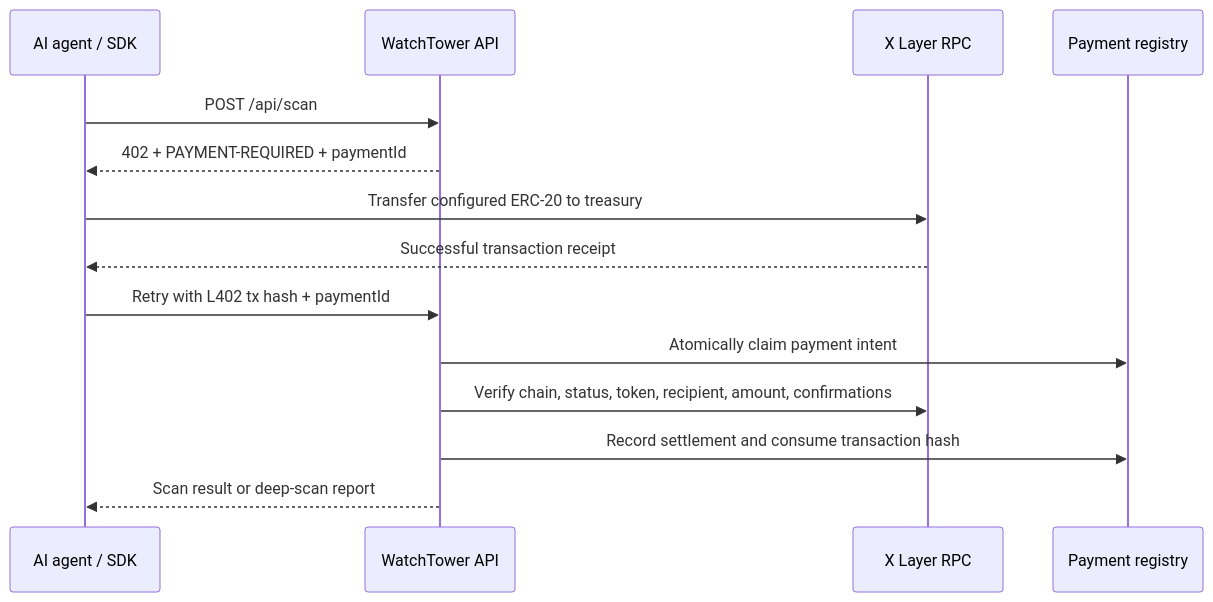
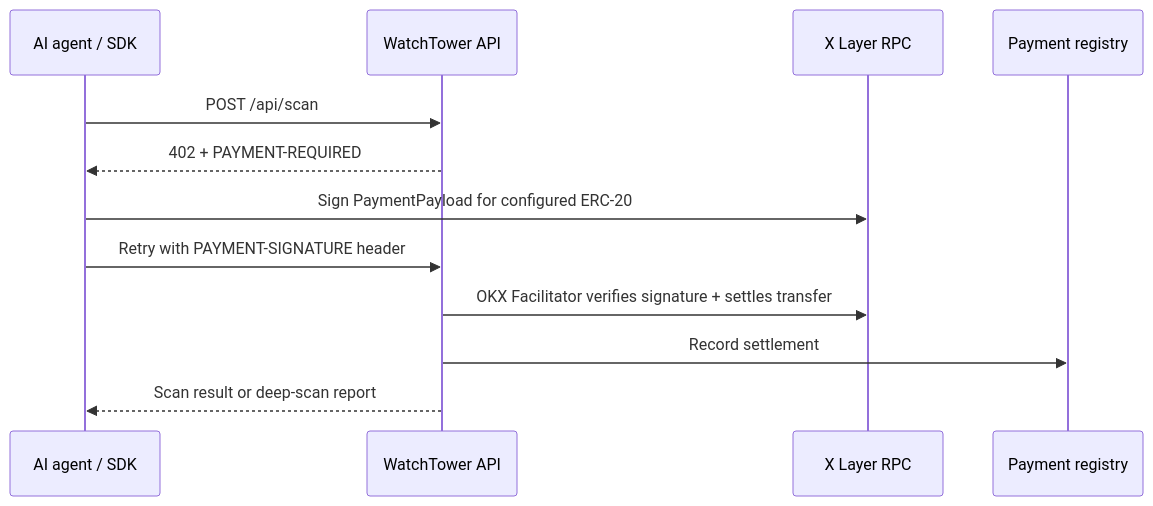
The second of 2 diagrams in README.md (demola13777/watchtower), drawn with Mermaid before and after one commit. The commit also changed other lines of this file and 14 other files, not shown here.

````diff
--- a/README.md
+++ b/README.md
@@ -153,17 +153,15 @@
 ```mermaid
 sequenceDiagram
     participant Agent as AI agent / SDK
     participant API as WatchTower API
     participant Chain as X Layer RPC
     participant DB as Payment registry
 
     Agent->>API: POST /api/scan
-    API-->>Agent: 402 + PAYMENT-REQUIRED + paymentId
-    Agent->>Chain: Transfer configured ERC-20 to treasury
-    Chain-->>Agent: Successful transaction receipt
-    Agent->>API: Retry with L402 tx hash + paymentId
-    API->>DB: Atomically claim payment intent
-    API->>Chain: Verify chain, status, token, recipient, amount, confirmations
-    API->>DB: Record settlement and consume transaction hash
+    API-->>Agent: 402 + PAYMENT-REQUIRED
+    Agent->>Chain: Sign PaymentPayload for configured ERC-20
+    Agent->>API: Retry with PAYMENT-SIGNATURE header
+    API->>Chain: OKX Facilitator verifies signature + settles transfer
+    API->>DB: Record settlement
     API-->>Agent: Scan result or deep-scan report
 ```
````
